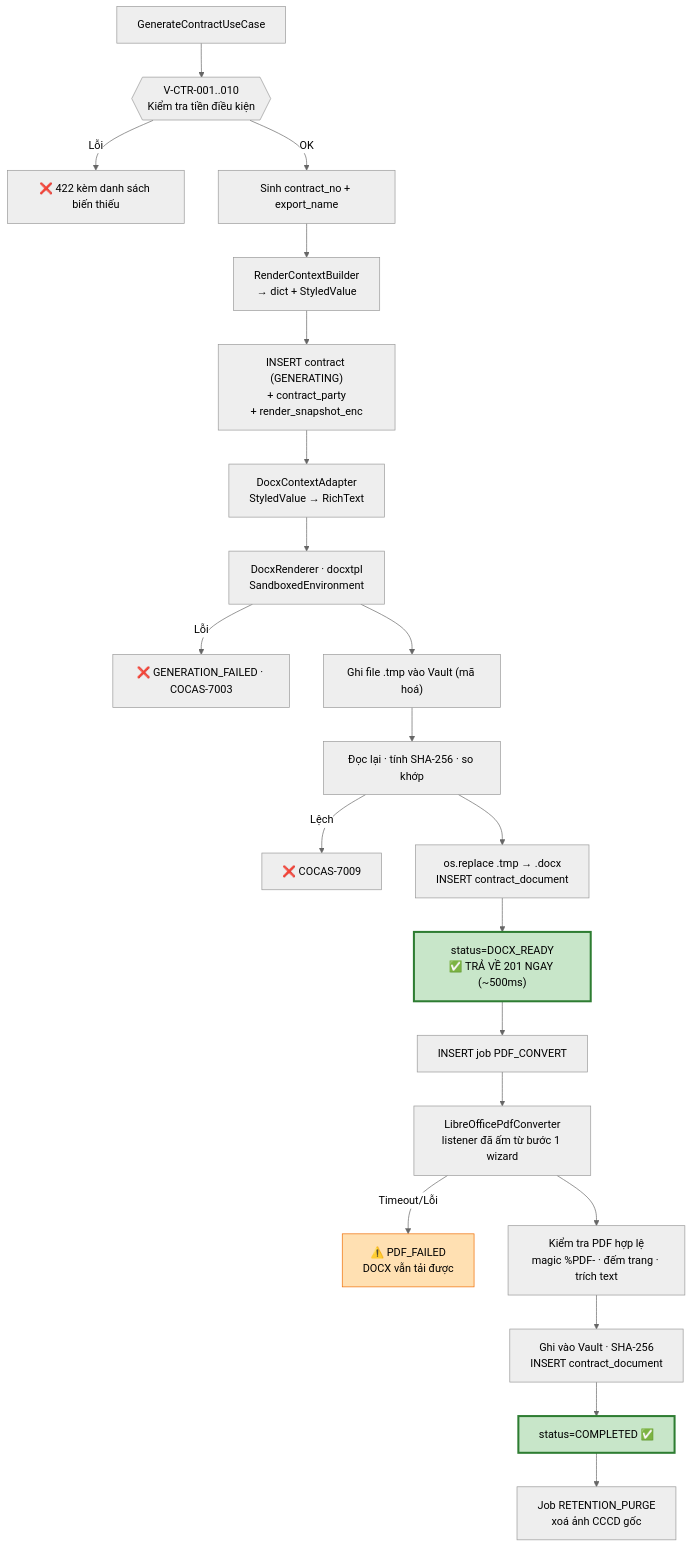
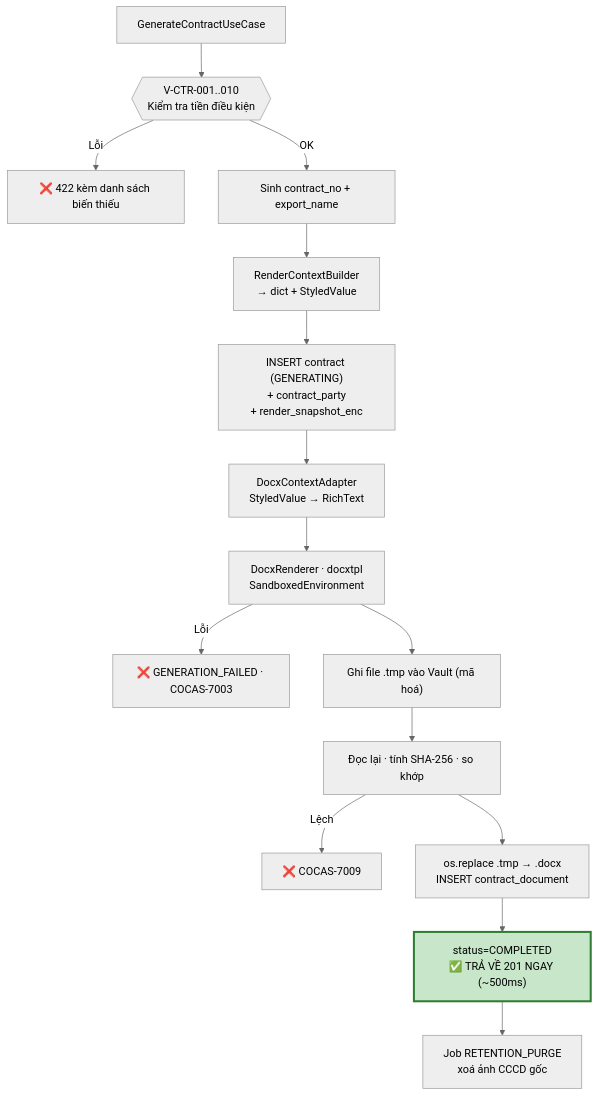
One commit to Dezz3z/CCCD_OCR_NEW changed the second of 2 diagrams in docs/design/09-template-va-tai-lieu.md. Above: the diagram before and after it, drawn with Mermaid (neutral theme). The commit also changed other lines of this file and 45 other files, not shown here.

````diff
--- a/docs/design/09-template-va-tai-lieu.md
+++ b/docs/design/09-template-va-tai-lieu.md
@@ -293,29 +295,20 @@
 ```mermaid
 graph TB
     A["GenerateContractUseCase"] --> B{{"V-CTR-001..010<br/>Kiểm tra tiền điều kiện"}}
     B -->|Lỗi| E1["❌ 422 kèm danh sách biến thiếu"]
     B -->|OK| C["Sinh contract_no + export_name"]
     C --> D["RenderContextBuilder<br/>→ dict + StyledValue"]
     D --> F["INSERT contract (GENERATING)<br/>+ contract_party<br/>+ render_snapshot_enc"]
 
     F --> G1["DocxContextAdapter<br/>StyledValue → RichText"]
     G1 --> G["DocxRenderer · docxtpl<br/>SandboxedEnvironment"]
     G -->|Lỗi| E2["❌ GENERATION_FAILED · COCAS-7003"]
     G --> H["Ghi file .tmp vào Vault (mã hoá)"]
     H --> I["Đọc lại · tính SHA-256 · so khớp"]
     I -->|Lệch| E3["❌ COCAS-7009"]
     I --> J["os.replace .tmp → .docx<br/>INSERT contract_document"]
-    J --> K["status=DOCX_READY<br/>✅ TRẢ VỀ 201 NGAY (~500ms)"]
-
-    K --> L["INSERT job PDF_CONVERT"]
-    L --> M["LibreOfficePdfConverter<br/>listener đã ấm từ bước 1 wizard"]
-    M -->|Timeout/Lỗi| E4["⚠️ PDF_FAILED<br/>DOCX vẫn tải được"]
-    M --> N["Kiểm tra PDF hợp lệ<br/>magic %PDF- · đếm trang · trích text"]
-    N --> O["Ghi vào Vault · SHA-256<br/>INSERT contract_document"]
-    O --> P["status=COMPLETED ✅"]
+    J --> P["status=COMPLETED<br/>✅ TRẢ VỀ 201 NGAY (~500ms)"]
     P --> Q["Job RETENTION_PURGE<br/>xoá ảnh CCCD gốc"]
 
-    style K fill:#c8e6c9,stroke:#2e7d32,stroke-width:3px
     style P fill:#c8e6c9,stroke:#2e7d32,stroke-width:3px
-    style E4 fill:#ffe0b2,stroke:#ef6c00
 ```
````
